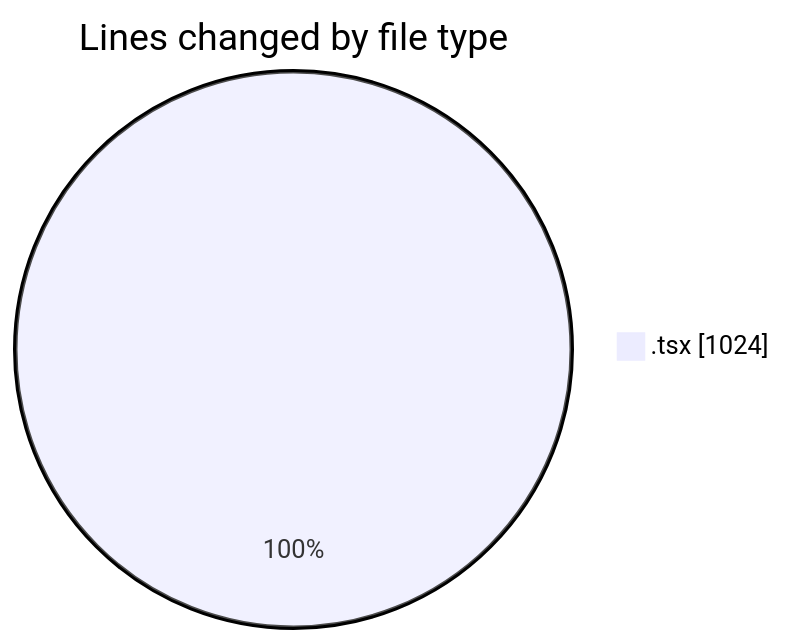
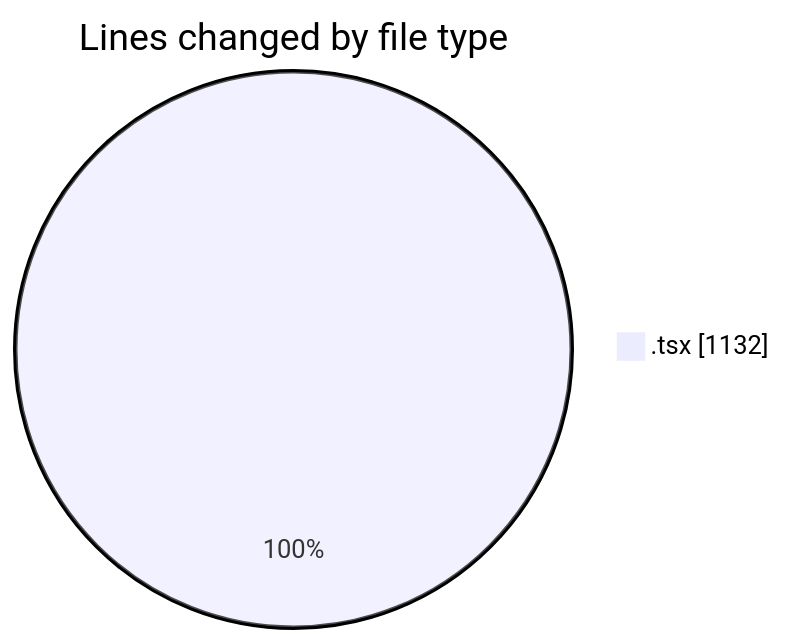
One commit to nxtqubesakshisongat/code-tracking changed the first of 2 diagrams in 2026-03-18/nxtqube_webapp/README.md. Above: the diagram before and after it, drawn with Mermaid. The commit also changed other lines of this file and 1 other file, not shown here.

````diff
--- a/2026-03-18/nxtqube_webapp/README.md
+++ b/2026-03-18/nxtqube_webapp/README.md
@@ -22,5 +22,5 @@
 ```mermaid
 pie showData
 title Lines changed by file type
-".tsx" : 1024
+".tsx" : 1132
 ```
````
